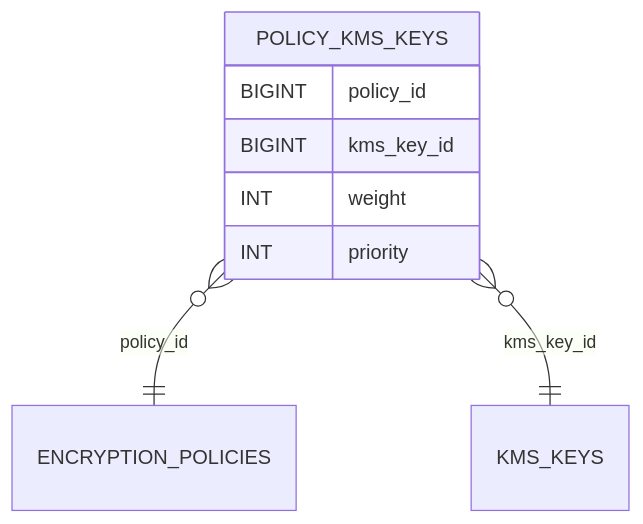
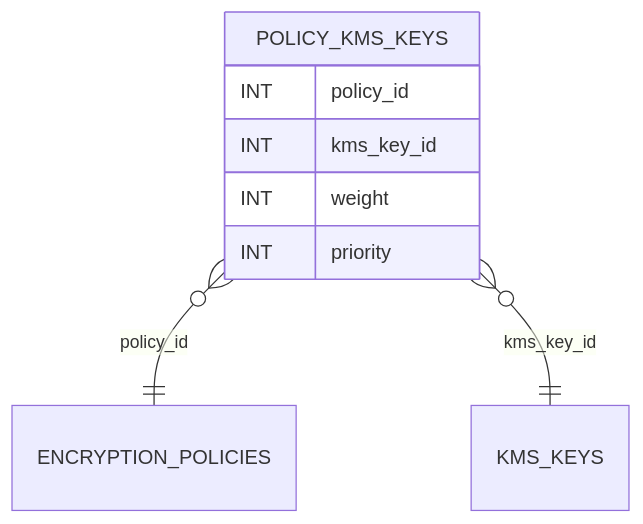
One commit to blackcatdatabase/table-policy-kms-keys changed the diagram in README.md. Above: the diagram before and after it, drawn with Mermaid. The commit also changed other lines of this file, not shown here.

Commit message:
chore(schema): add/update generated schema + README (umbrella sync)

````diff
--- a/README.md
+++ b/README.md
@@ -49,11 +49,11 @@
 ```mermaid
 erDiagram
   POLICY_KMS_KEYS {
-    BIGINT policy_id
-    BIGINT kms_key_id
+    INT policy_id
+    INT kms_key_id
     INT weight
     INT priority
   }
   POLICY_KMS_KEYS }o--|| ENCRYPTION_POLICIES : "policy_id"
   POLICY_KMS_KEYS }o--|| KMS_KEYS : "kms_key_id"
 ```
````
